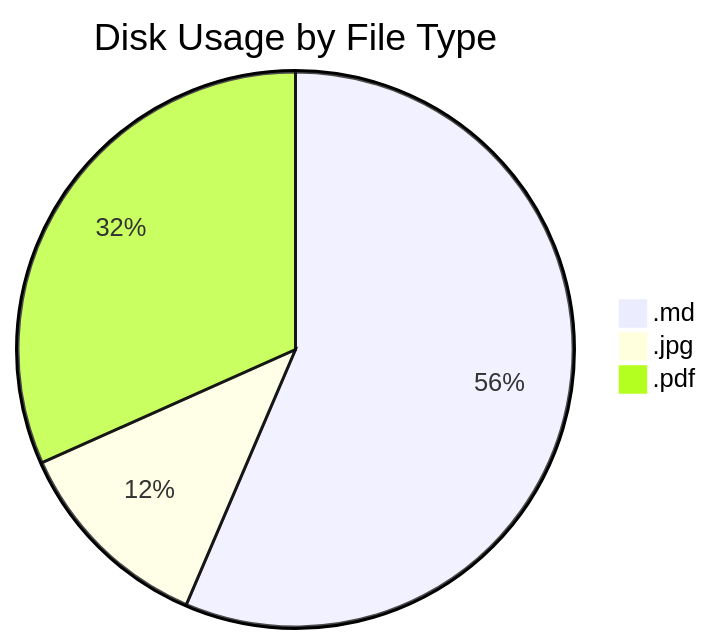
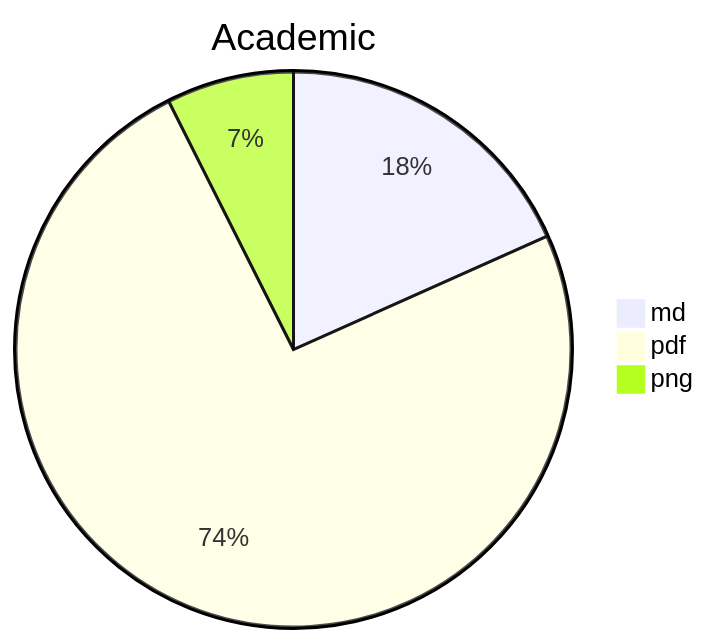
Before and after one commit to Promptier/disk-usage: the fourth of 5 diagrams in README.md, drawn with Mermaid. The commit also changed other lines of this file, not shown here.

````diff
--- a/README.md
+++ b/README.md
@@ -28,6 +44,6 @@
 ```mermaid
-pie title Disk Usage by File Type
-    ".md" : 5.7
-    ".jpg" : 1.2
-    ".pdf" : 3.2
+pie title Academic
+	"md" : 1008
+	"pdf" : 4089
+	"png" : 408
 ```
````
